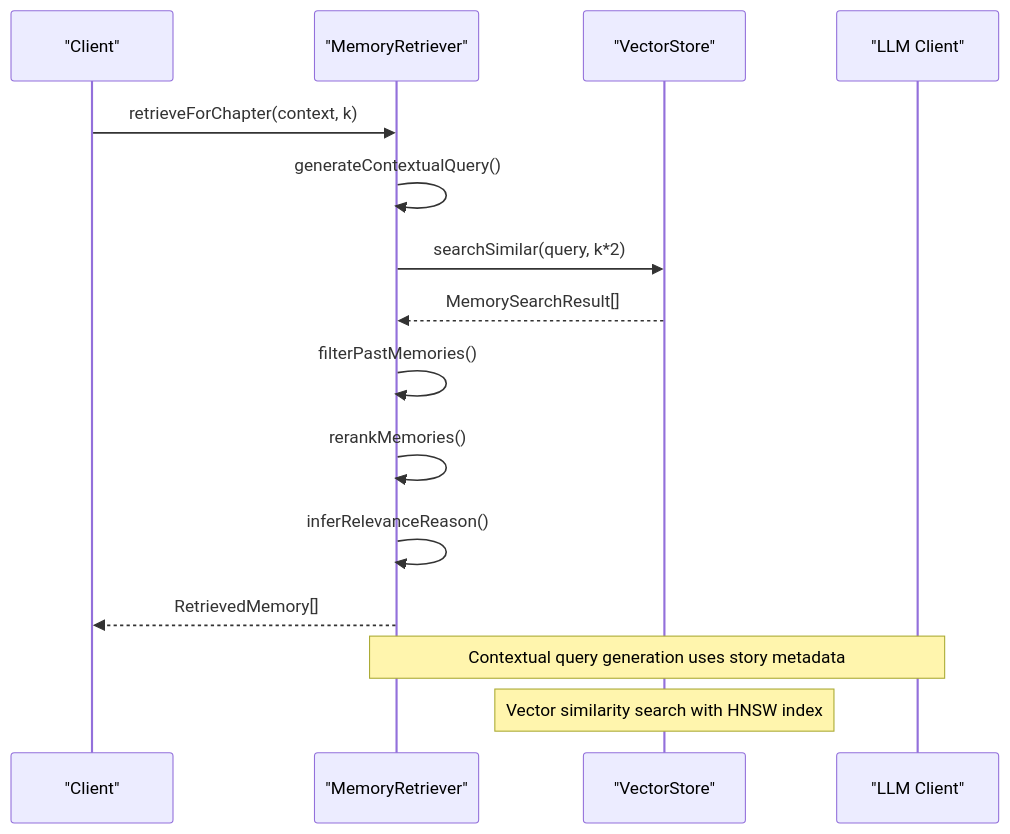
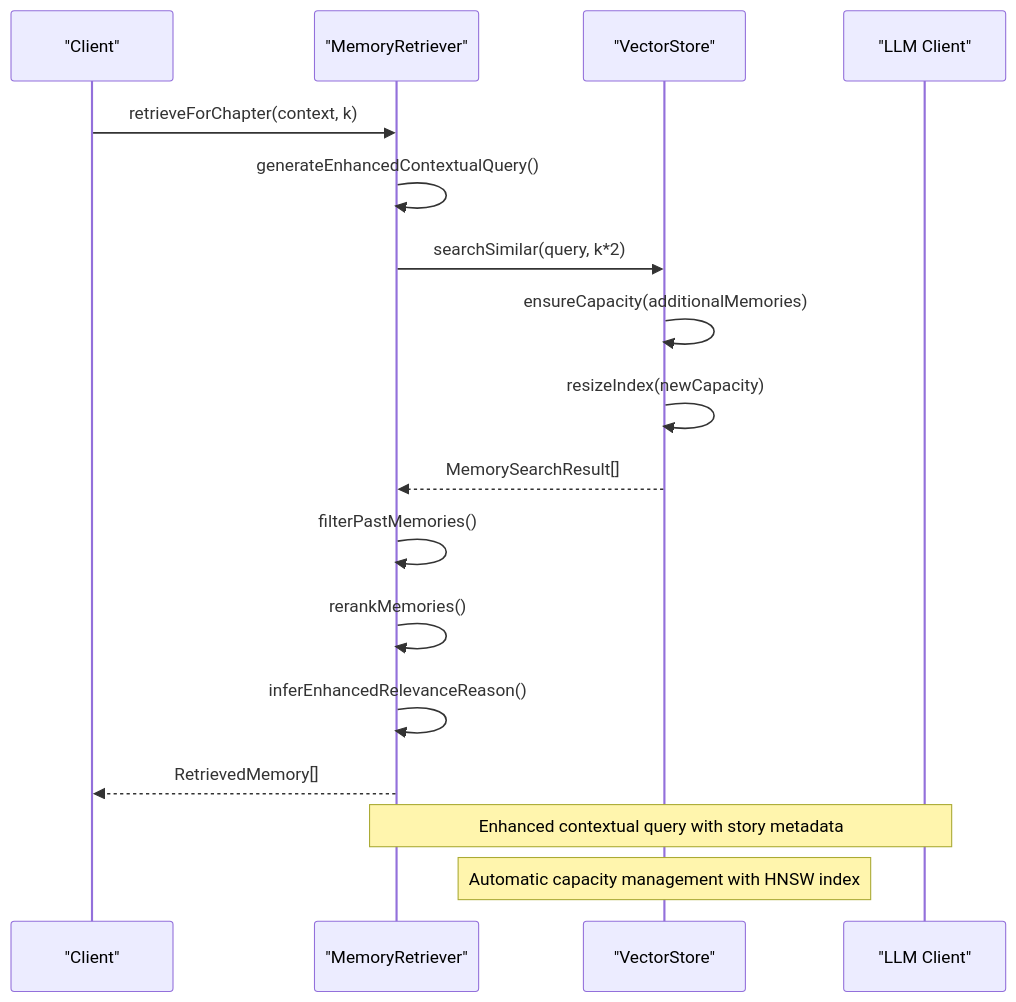
The fourth of 5 diagrams in .qoder/repowiki/en/content/Memory Management System/Memory Retriever Component.md (liwonder/NARRITIVE_OS), drawn with Mermaid before and after one commit. The commit also changed other lines of this file and 78 other files, not shown here.

````diff
--- a/.qoder/repowiki/en/content/Memory Management System/Memory Retriever Component.md
+++ b/.qoder/repowiki/en/content/Memory Management System/Memory Retriever Component.md
@@ -173,17 +188,19 @@
 ```mermaid
 sequenceDiagram
 participant Client as "Client"
 participant MR as "MemoryRetriever"
 participant VS as "VectorStore"
 participant LLM as "LLM Client"
 Client->>MR : retrieveForChapter(context, k)
-MR->>MR : generateContextualQuery()
+MR->>MR : generateEnhancedContextualQuery()
 MR->>VS : searchSimilar(query, k*2)
+VS->>VS : ensureCapacity(additionalMemories)
+VS->>VS : resizeIndex(newCapacity)
 VS-->>MR : MemorySearchResult[]
 MR->>MR : filterPastMemories()
 MR->>MR : rerankMemories()
-MR->>MR : inferRelevanceReason()
+MR->>MR : inferEnhancedRelevanceReason()
 MR-->>Client : RetrievedMemory[]
-Note over MR,LLM : Contextual query generation uses story metadata
-Note over VS : Vector similarity search with HNSW index
+Note over MR,LLM : Enhanced contextual query with story metadata
+Note over VS : Automatic capacity management with HNSW index
 ```
````
